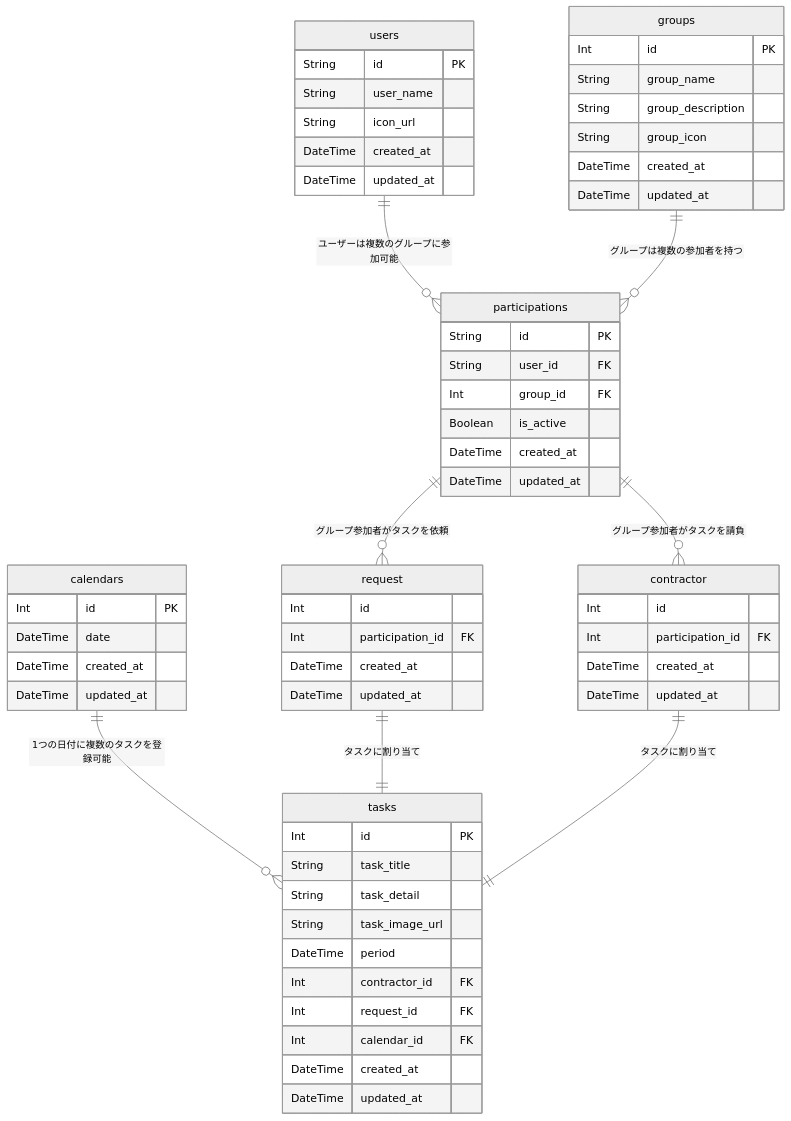
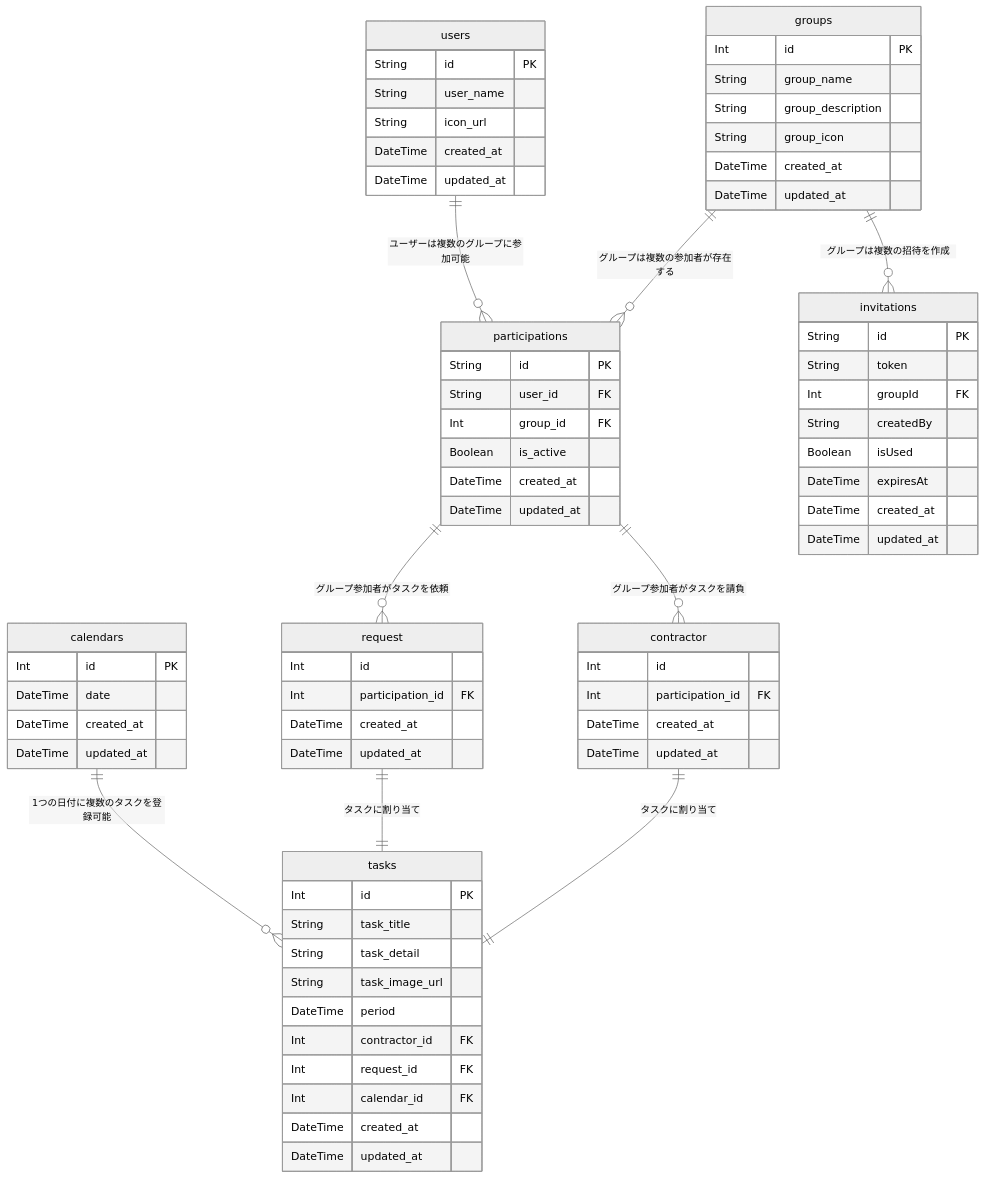
One commit to hiroyuki20010323/FastShare changed the diagram in README.md. Above: the diagram before and after it, drawn with Mermaid (neutral theme).

Commit message:
[update]readmeの変更

````diff
--- a/README.md
+++ b/README.md
@@ -82,70 +82,80 @@
 ```mermaid
 erDiagram
     users {
         String id PK
         String user_name
         String icon_url
         DateTime created_at
         DateTime updated_at
     }
     groups {
         Int id PK
         String group_name
         String group_description
         String group_icon
         DateTime created_at
         DateTime updated_at
     }
     participations {
         String id PK
         String user_id FK
         Int group_id FK
         Boolean is_active
         DateTime created_at
         DateTime updated_at
     }
     calendars {
         Int id PK
         DateTime date
         DateTime created_at
         DateTime updated_at
     }
 
     request {
       Int id
       Int participation_id FK
       DateTime created_at
       DateTime updated_at
     }
 
     contractor {
       Int id
       Int participation_id FK
       DateTime created_at
       DateTime updated_at
     }
 
     tasks {
         Int id PK
         String task_title
         String task_detail
         String task_image_url
         DateTime period
         Int contractor_id FK
         Int request_id FK
         Int calendar_id FK
         DateTime created_at
         DateTime updated_at
     }
+    
+    invitations {
+        String id PK
+        String token
+        Int groupId FK
+        String createdBy
+        Boolean isUsed
+        DateTime expiresAt
+        DateTime created_at
+        DateTime updated_at
+    }
 
 %% 既存のリレーションシップ
     users ||--o{ participations : "ユーザーは複数のグループに参加可能"
-    groups ||--o{ participations : "グループは複数の参加者を持つ"
+    groups ||--o{ participations : "グループは複数の参加者が存在する"
     calendars ||--o{ tasks : "1つの日付に複数のタスクを登録可能"
     participations ||--o{ request : "グループ参加者がタスクを依頼"
     participations ||--o{ contractor: "グループ参加者がタスクを請負"
     request ||--||tasks: "タスクに割り当て"
     contractor ||--||tasks: "タスクに割り当て"
-
-
+    groups ||--o{ invitations : "グループは複数の招待を作成"
 ```
````
